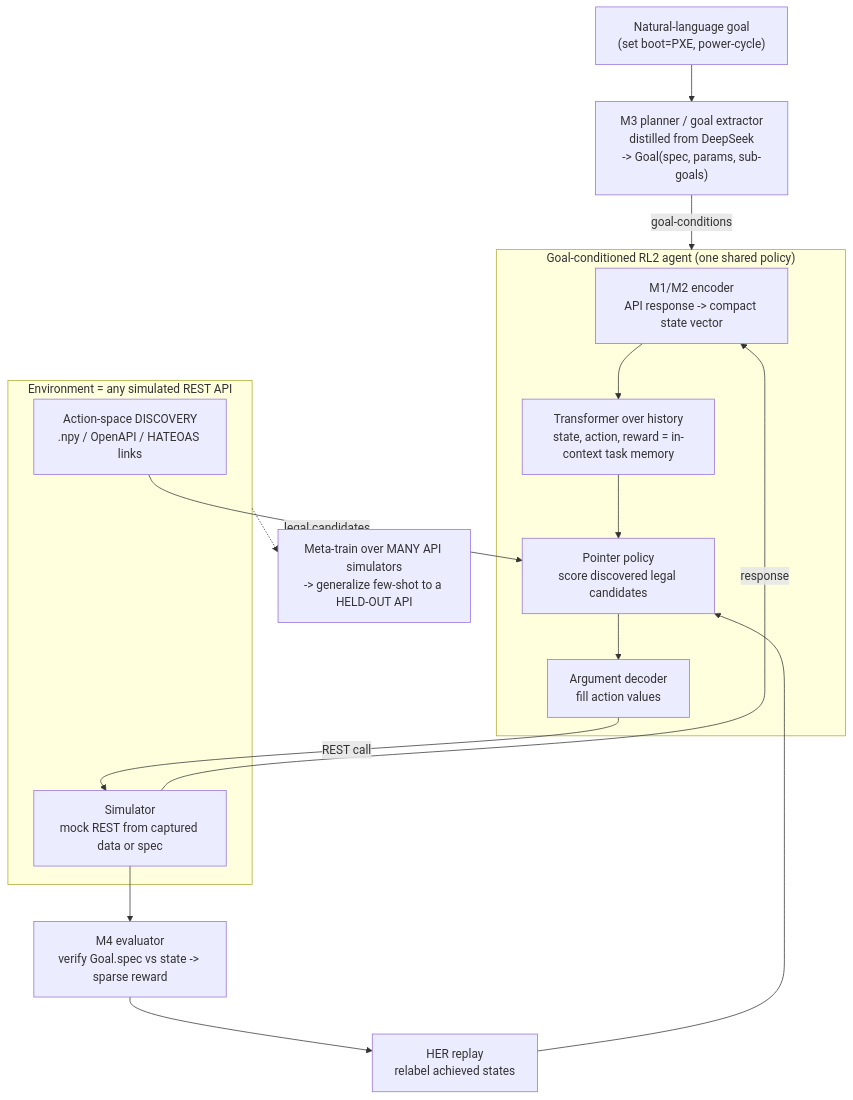
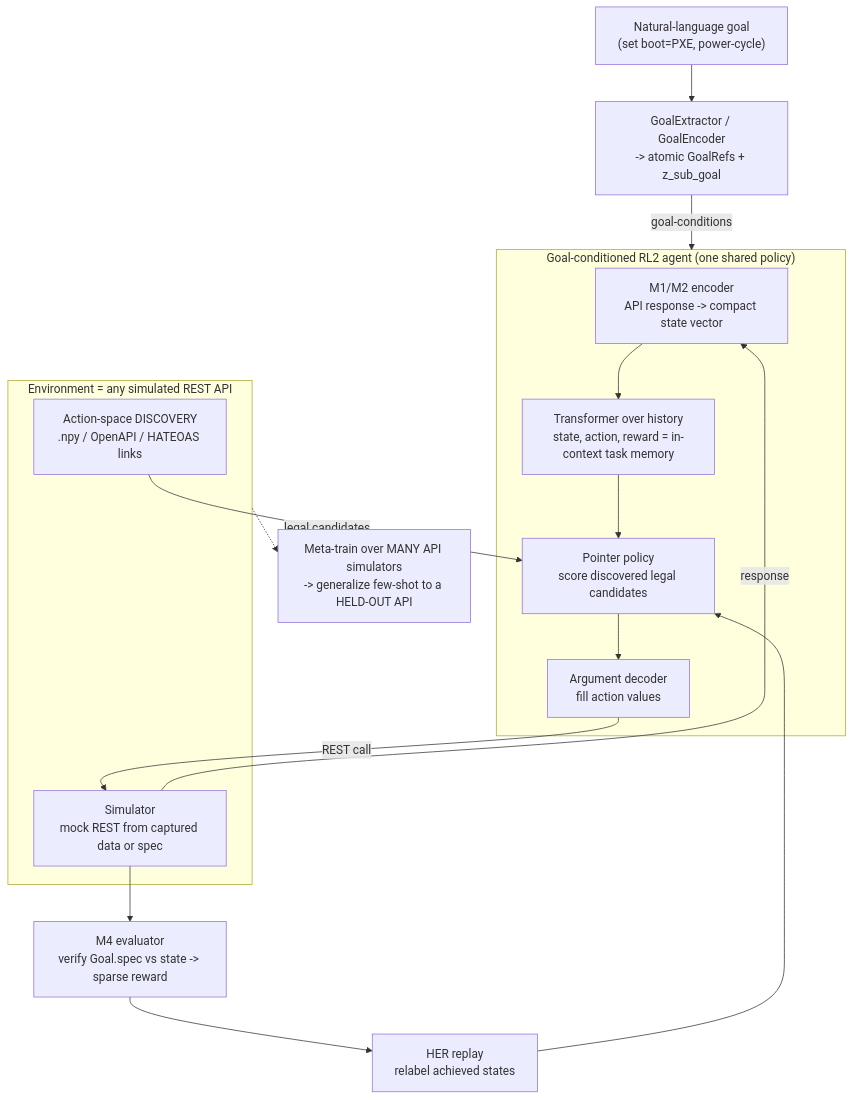
The fourth of 8 diagrams in docs/ARCHITECTURE.md (spyroot/igc), drawn with Mermaid before and after one commit. The commit also changed other lines of this file and 32 other files, not shown here.

````diff
--- a/docs/ARCHITECTURE.md
+++ b/docs/ARCHITECTURE.md
@@ -432,29 +435,29 @@
 ```mermaid
 flowchart TB
     NL["Natural-language goal<br/>(set boot=PXE, power-cycle)"]
-    NL --> M3["M3 planner / goal extractor<br/>distilled from DeepSeek<br/>-> Goal(spec, params, sub-goals)"]
-    M3 -->|goal-conditions| AGENT
+    NL --> GE["GoalExtractor / GoalEncoder<br/>-> atomic GoalRefs + z_sub_goal"]
+    GE -->|goal-conditions| AGENT
 
     subgraph AGENT["Goal-conditioned RL2 agent (one shared policy)"]
         ENC["M1/M2 encoder<br/>API response -> compact state vector"]
         HIST["Transformer over history<br/>state, action, reward = in-context task memory"]
         POL["Pointer policy<br/>score discovered legal candidates"]
         ARG["Argument decoder<br/>fill action values"]
         ENC --> HIST --> POL --> ARG
     end
 
     subgraph ENVS["Environment = any simulated REST API"]
         DISC["Action-space DISCOVERY<br/>.npy / OpenAPI / HATEOAS links"]
         SIM["Simulator<br/>mock REST from captured data or spec"]
     end
 
     ARG -->|REST call| SIM
     SIM -->|response| ENC
     DISC -->|legal candidates| POL
     SIM --> M4["M4 evaluator<br/>verify Goal.spec vs state -> sparse reward"]
     M4 --> HER["HER replay<br/>relabel achieved states"]
     HER --> POL
 
     META["Meta-train over MANY API simulators<br/>-> generalize few-shot to a HELD-OUT API"]
     ENVS -.-> META
 ```
````
